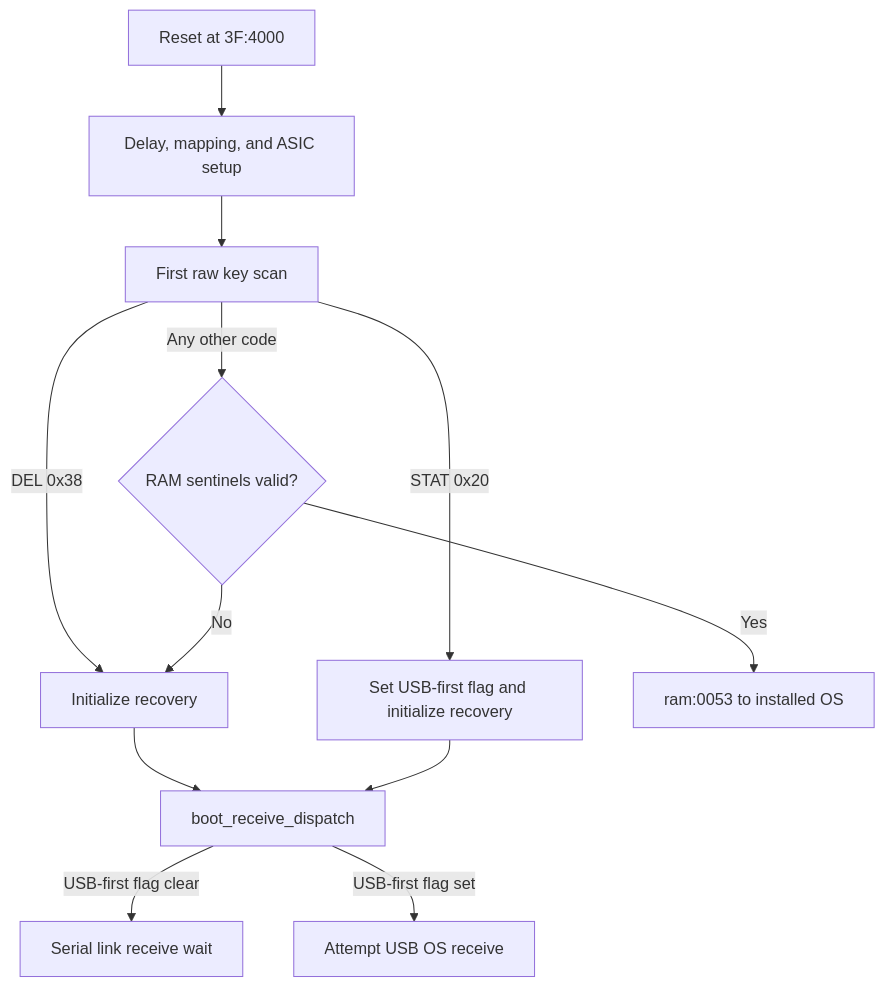
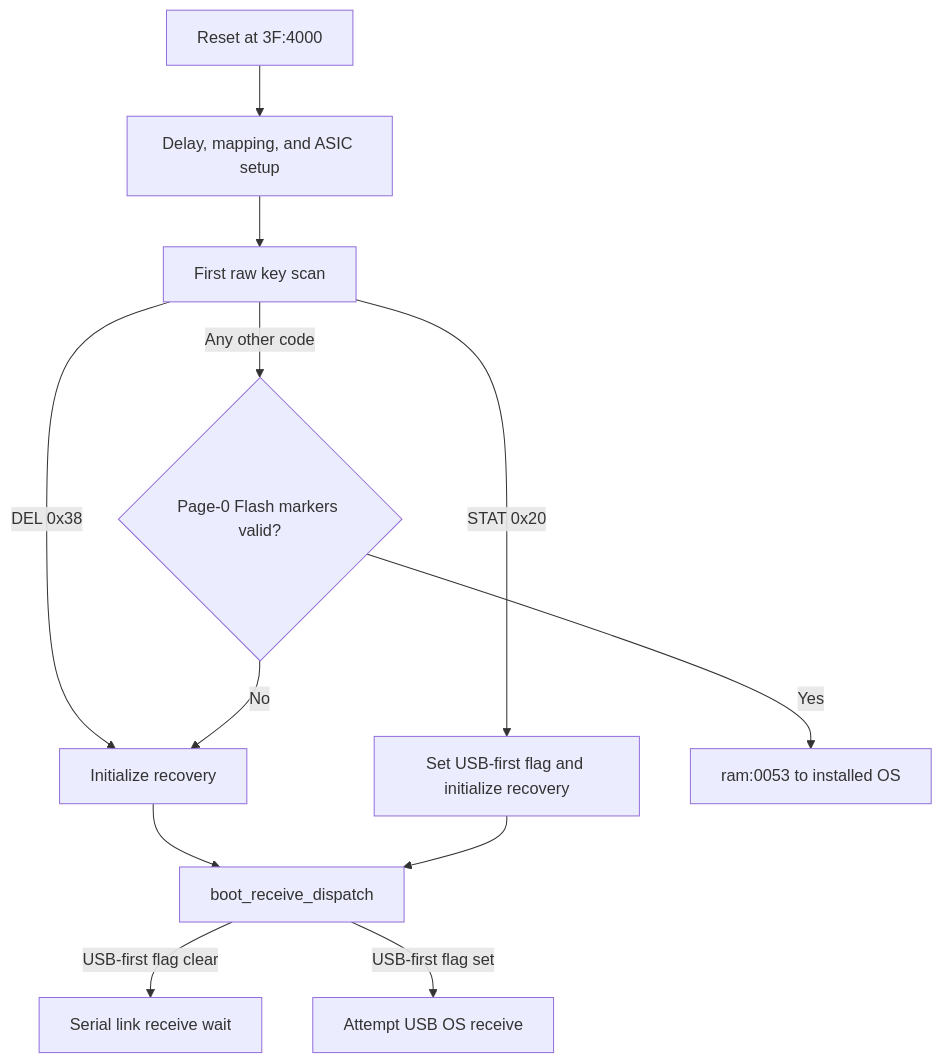
One commit to siraben/ti84p-re changed the diagram in docs/retail-boot.md. Above: the diagram before and after it, drawn with Mermaid. The commit also changed other lines of this file and 72 other files, not shown here.

````diff
--- a/docs/retail-boot.md
+++ b/docs/retail-boot.md
@@ -96,14 +96,14 @@
 ```mermaid
 flowchart TD
     reset[Reset at 3F:4000] --> init[Delay, mapping, and ASIC setup]
     init --> scan[First raw key scan]
     scan -->|DEL 0x38| del[Initialize recovery]
     scan -->|STAT 0x20| stat[Set USB-first flag and initialize recovery]
-    scan -->|Any other code| marker{RAM sentinels valid?}
+    scan -->|Any other code| marker{Page-0 Flash markers valid?}
     marker -->|Yes| os[ram:0053 to installed OS]
     marker -->|No| del
     del --> receive[boot_receive_dispatch]
     stat --> receive
     receive -->|USB-first flag clear| serial[Serial link receive wait]
     receive -->|USB-first flag set| usb[Attempt USB OS receive]
 ```
````
